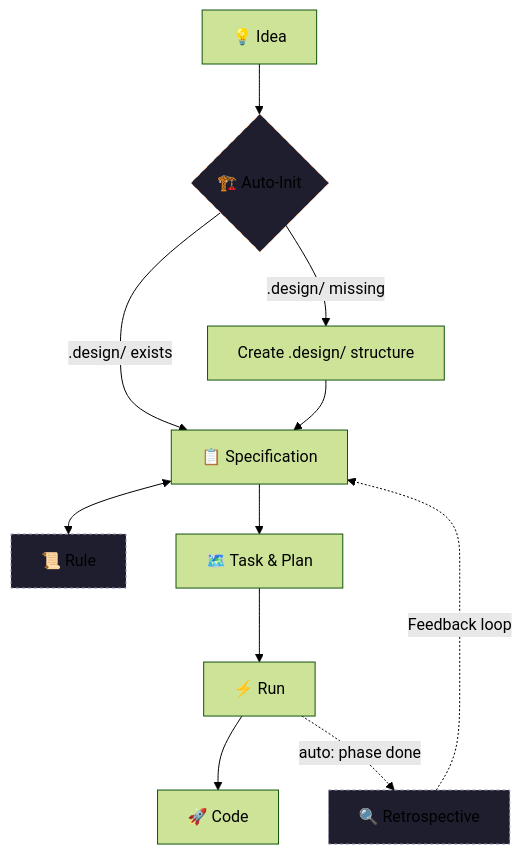
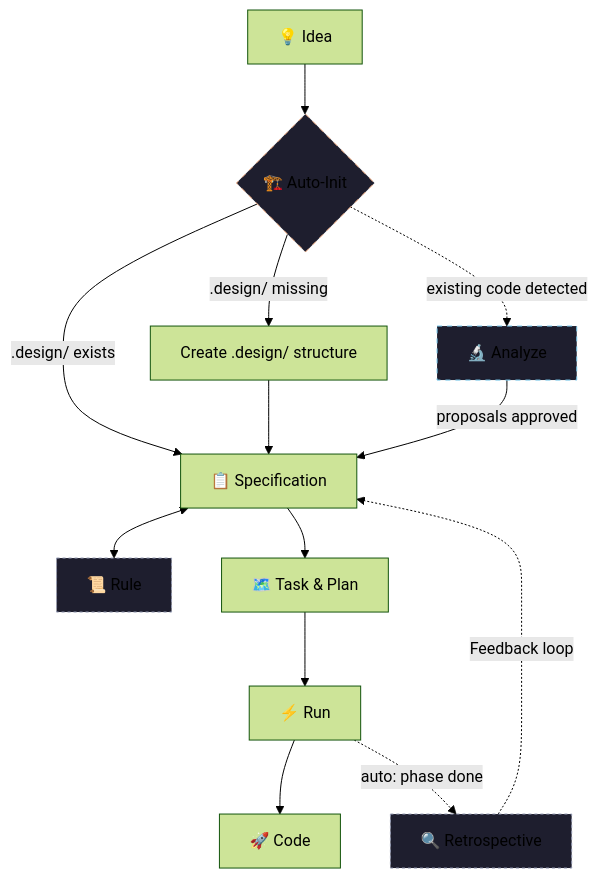
Before and after one commit to teratron/magic-spec: the diagram in docs/README.md, drawn with Mermaid (forest theme). The commit also changed other lines of this file and 11 other files, not shown here.

````diff
--- a/docs/README.md
+++ b/docs/README.md
@@ -20,16 +20,19 @@
 ```mermaid
 graph TD
     IDEA["💡 Idea"] --> INIT{"🏗️ Auto-Init"}
     INIT -->|.design/ exists| SPEC
     INIT -->|.design/ missing| CREATE["Create .design/ structure"] --> SPEC
+    INIT -.->|"existing code detected"| ANALYZE["🔬 Analyze"]
+    ANALYZE -->|"proposals approved"| SPEC
     SPEC["📋 Specification"] <--> RULE["📜 Rule"]
     SPEC --> TASK["🗺️ Task & Plan"]
     TASK --> RUN["⚡ Run"]
     RUN --> CODE["🚀 Code"]
     RUN -.->|"auto: phase done"| RETRO["🔍 Retrospective"]
     RETRO -.->|Feedback loop| SPEC
 
     style INIT fill:#1e1e2e,stroke:#fab387,stroke-dasharray: 5 5
+    style ANALYZE fill:#1e1e2e,stroke:#74c7ec,stroke-dasharray: 5 5
     style RULE fill:#1e1e2e,stroke:#9399b2,stroke-dasharray: 3 3
     style RETRO fill:#1e1e2e,stroke:#9399b2,stroke-dasharray: 3 3
 ```
````
